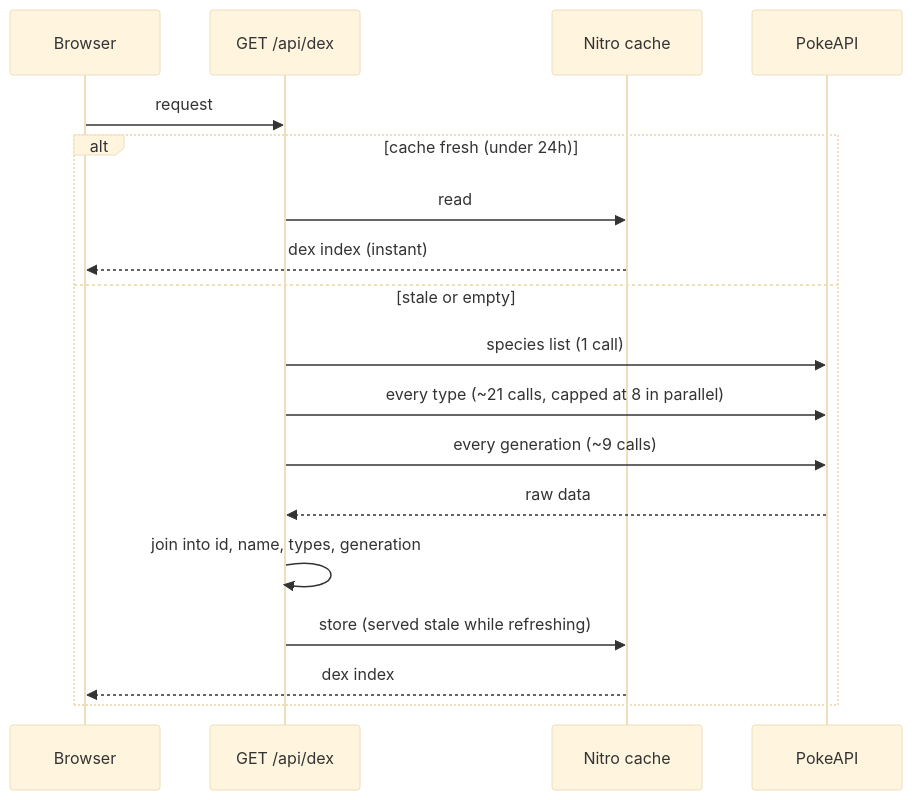
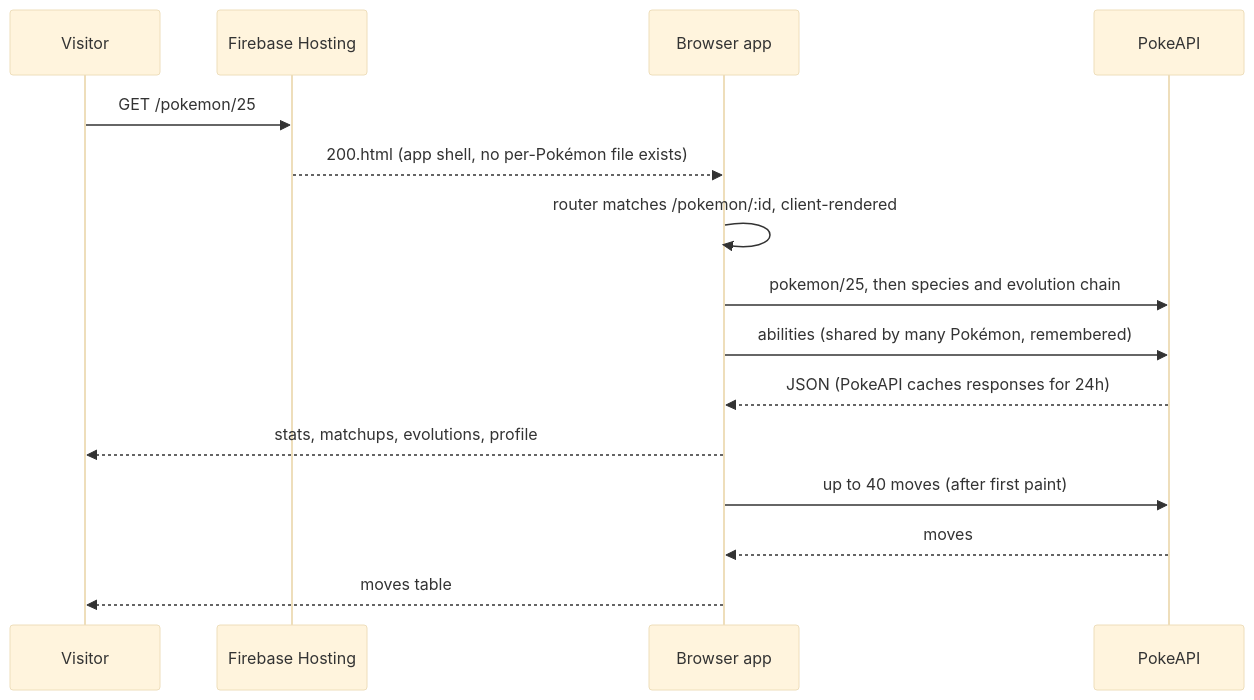
The third of 4 diagrams in docs/ARCHITECTURE.md (bachbnt/bokedex), drawn with Mermaid (base theme) before and after one commit. The commit also changed other lines of this file and 28 other files, not shown here.

````diff
--- a/docs/ARCHITECTURE.md
+++ b/docs/ARCHITECTURE.md
@@ -40,21 +73,18 @@
 ```mermaid
 sequenceDiagram
-  participant UI as Browser
-  participant API as GET /api/dex
-  participant Cache as Nitro cache
+  participant U as Visitor
+  participant H as Firebase Hosting
+  participant B as Browser app
   participant P as PokeAPI
 
-  UI->>API: request
-  alt cache fresh (under 24h)
-    API->>Cache: read
-    Cache-->>UI: dex index (instant)
-  else stale or empty
-    API->>P: species list (1 call)
-    API->>P: every type (~21 calls, capped at 8 in parallel)
-    API->>P: every generation (~9 calls)
-    P-->>API: raw data
-    API->>API: join into id, name, types, generation
-    API->>Cache: store (served stale while refreshing)
-    Cache-->>UI: dex index
-  end
+  U->>H: GET /pokemon/25
+  H-->>B: 200.html (app shell, no per-Pokémon file exists)
+  B->>B: router matches /pokemon/:id, client-rendered
+  B->>P: pokemon/25, then species and evolution chain
+  B->>P: abilities (shared by many Pokémon, remembered)
+  P-->>B: JSON (PokeAPI caches responses for 24h)
+  B-->>U: stats, matchups, evolutions, profile
+  B->>P: up to 40 moves (after first paint)
+  P-->>B: moves
+  B-->>U: moves table
 ```
````
